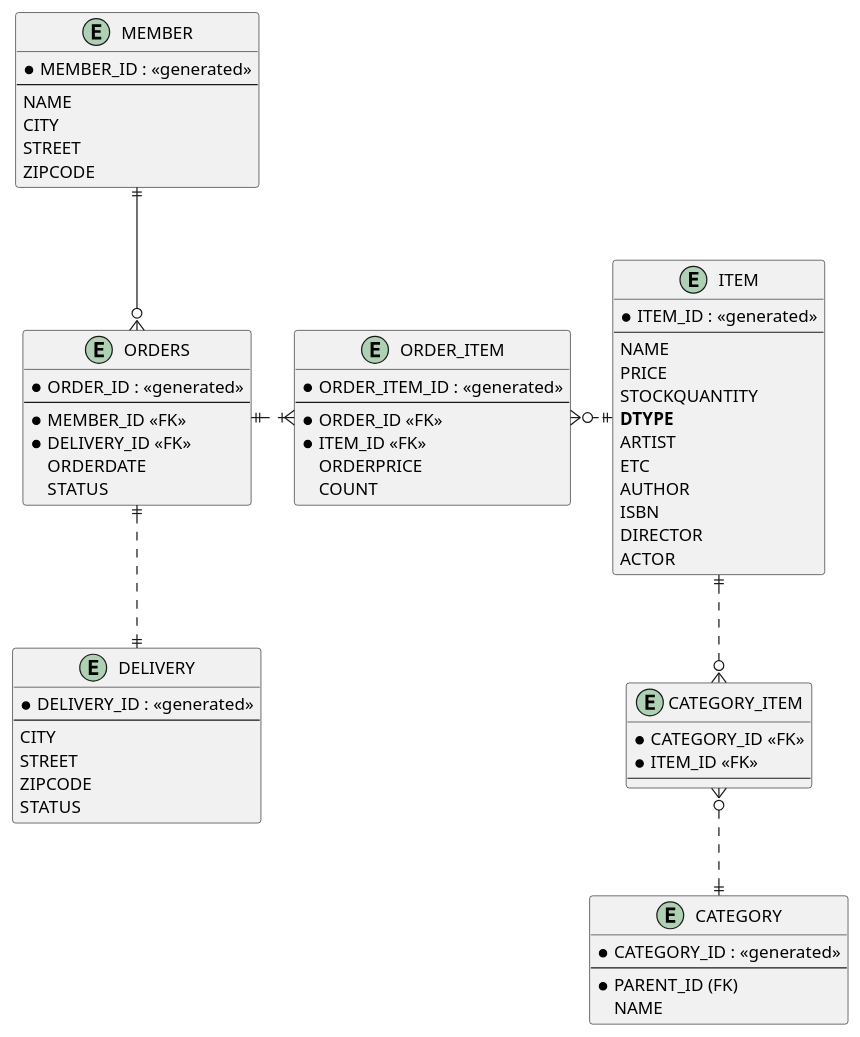
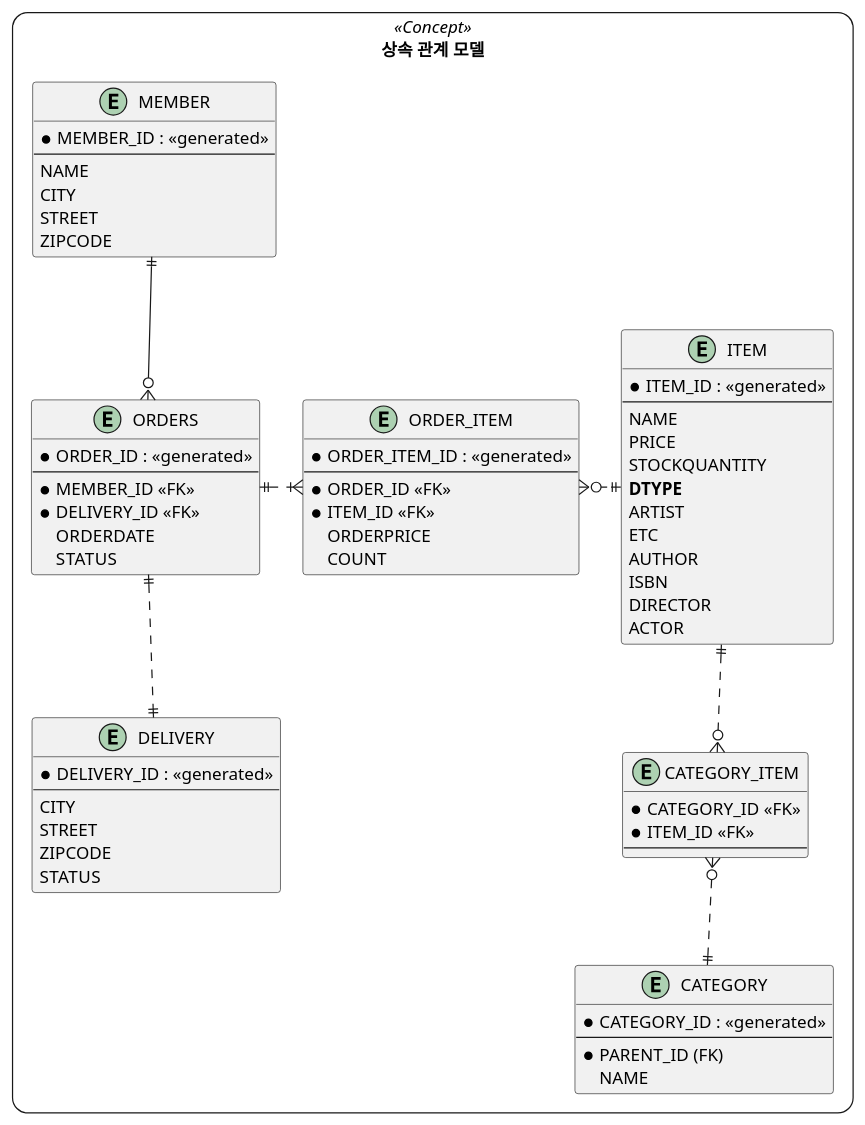
The diagram in uml/Inheritance/ERD.puml (chulgil/jpastart), drawn with PlantUML before and after one commit. The commit also changed 4 other files, not shown here.

```diff
--- a/uml/Inheritance/ERD.puml
+++ b/uml/Inheritance/ERD.puml
@@ -1,73 +1,82 @@
 @startuml
-ENTITY MEMBER {
-    * MEMBER_ID : <<generated>>
-    --
-    NAME
-    CITY
-    STREET
-    ZIPCODE
+
+skinparam rectangle {
+    roundCorner<<Concept>> 25
 }
 
-ENTITY ORDERS {
-    * ORDER_ID : <<generated>>
-    --
-    * MEMBER_ID <<FK>>
-    * DELIVERY_ID <<FK>>
-    ORDERDATE
-    STATUS
-}
+rectangle " 상속 관계 모델 " <<Concept>> {
 
-ENTITY DELIVERY {
-    * DELIVERY_ID : <<generated>>
-    --
-    CITY
-    STREET
-    ZIPCODE
-    STATUS
-}
 
-ENTITY ORDER_ITEM {
-    * ORDER_ITEM_ID : <<generated>>
-    --
-    * ORDER_ID <<FK>>
-    * ITEM_ID <<FK>>
-    ORDERPRICE
-    COUNT
-}
+    ENTITY MEMBER {
+        * MEMBER_ID : <<generated>>
+        --
+        NAME
+        CITY
+        STREET
+        ZIPCODE
+    }
 
-ENTITY ITEM {
-    * ITEM_ID : <<generated>>
-    --
-    NAME
-    PRICE
-    STOCKQUANTITY
-    **DTYPE**
-    ARTIST
-    ETC
-    AUTHOR
-    ISBN
-    DIRECTOR
-    ACTOR
-}
+    ENTITY ORDERS {
+        * ORDER_ID : <<generated>>
+        --
+        * MEMBER_ID <<FK>>
+        * DELIVERY_ID <<FK>>
+        ORDERDATE
+        STATUS
+    }
 
-ENTITY CATEGORY {
-    * CATEGORY_ID : <<generated>>
-    --
-    * PARENT_ID (FK)
-    NAME
-}
+    ENTITY DELIVERY {
+        * DELIVERY_ID : <<generated>>
+        --
+        CITY
+        STREET
+        ZIPCODE
+        STATUS
+    }
 
-ENTITY CATEGORY_ITEM {
-    * CATEGORY_ID <<FK>>
-    * ITEM_ID <<FK>>
-    --
+    ENTITY ORDER_ITEM {
+        * ORDER_ITEM_ID : <<generated>>
+        --
+        * ORDER_ID <<FK>>
+        * ITEM_ID <<FK>>
+        ORDERPRICE
+        COUNT
+    }
+
+    ENTITY ITEM {
+        * ITEM_ID : <<generated>>
+        --
+        NAME
+        PRICE
+        STOCKQUANTITY
+        **DTYPE**
+        ARTIST
+        ETC
+        AUTHOR
+        ISBN
+        DIRECTOR
+        ACTOR
+    }
+
+    ENTITY CATEGORY {
+        * CATEGORY_ID : <<generated>>
+        --
+        * PARENT_ID (FK)
+        NAME
+    }
+
+    ENTITY CATEGORY_ITEM {
+        * CATEGORY_ID <<FK>>
+        * ITEM_ID <<FK>>
+        --
+    }
 }
 
 MEMBER ||--o{ ORDERS
 ORDERS ||..|| DELIVERY
 ORDERS ||.|{ ORDER_ITEM
 ORDER_ITEM }o.|| ITEM
 ITEM ||..o{ CATEGORY_ITEM
 CATEGORY_ITEM }o..|| CATEGORY
 
 @enduml
```
